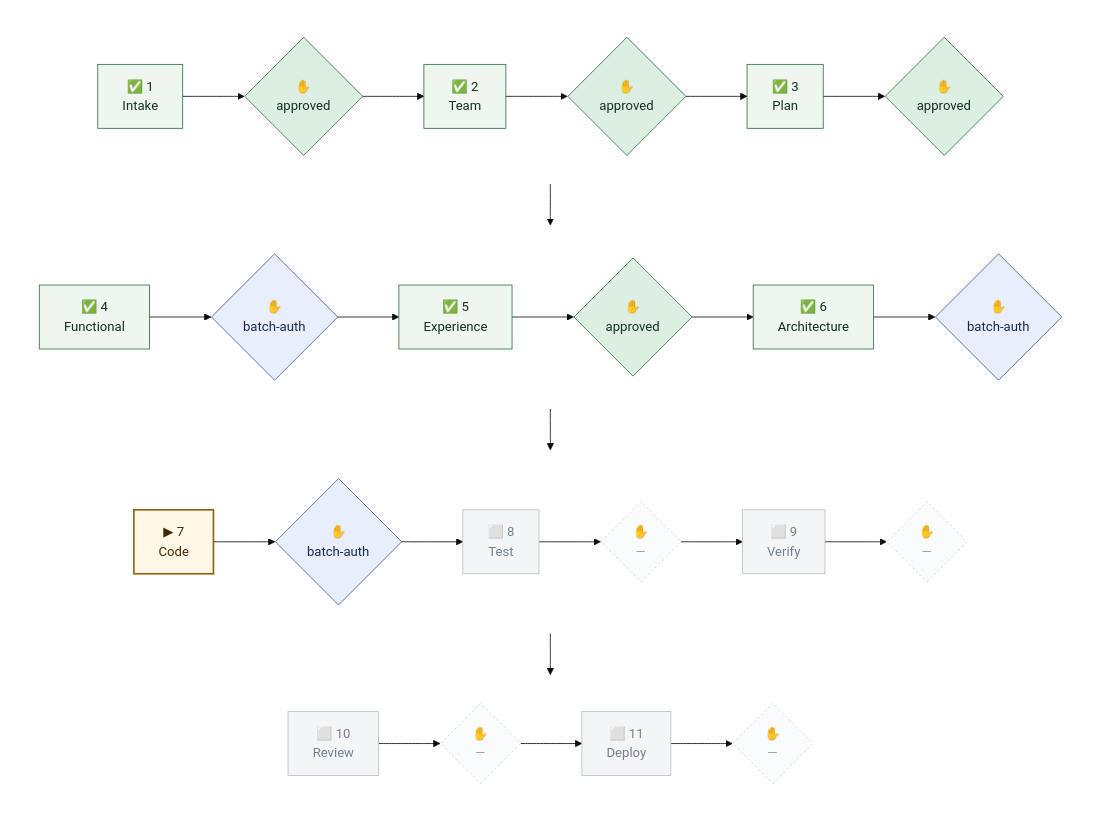
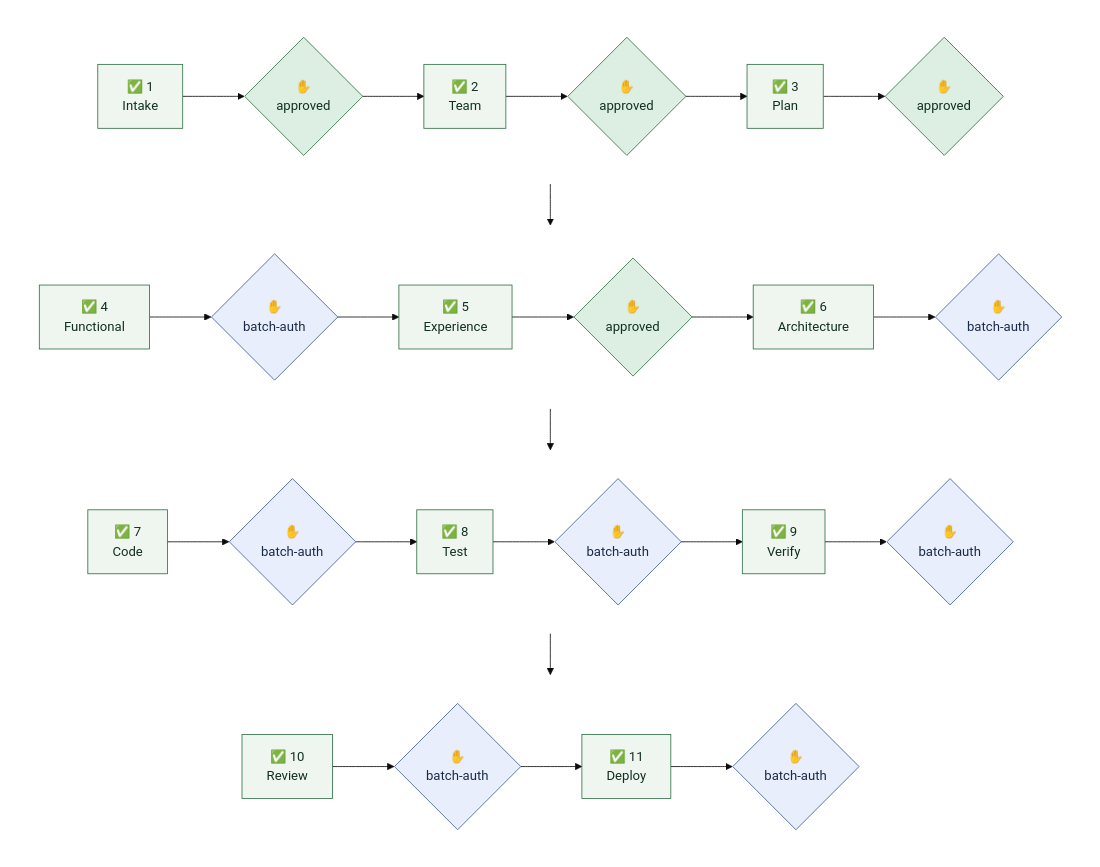
One commit to tandonakhil/AICluadeCode changed the first of 6 diagrams in admin/PORTFOLIO_STATUS.generated.md. Above: the diagram before and after it, drawn with Mermaid (base theme). The commit also changed other lines of this file and 7 other files, not shown here.

````diff
--- a/admin/PORTFOLIO_STATUS.generated.md
+++ b/admin/PORTFOLIO_STATUS.generated.md
@@ -25,46 +29,43 @@
 ```mermaid
 flowchart TB
   subgraph r1 [" "]
     direction LR
     G1["✅ 1<br/>Intake"] --> H1{"✋<br/>approved"} --> G2["✅ 2<br/>Team"] --> H2{"✋<br/>approved"} --> G3["✅ 3<br/>Plan"] --> H3{"✋<br/>approved"}
   end
   subgraph r2 [" "]
     direction LR
     G4["✅ 4<br/>Functional"] --> H4{"✋<br/>batch-auth"} --> G5["✅ 5<br/>Experience"] --> H5{"✋<br/>approved"} --> G6["✅ 6<br/>Architecture"] --> H6{"✋<br/>batch-auth"}
   end
   subgraph r3 [" "]
     direction LR
-    G7["▶ 7<br/>Code"] --> H7{"✋<br/>batch-auth"} --> G8["⬜ 8<br/>Test"] --> H8{"✋<br/>—"} --> G9["⬜ 9<br/>Verify"] --> H9{"✋<br/>—"}
+    G7["✅ 7<br/>Code"] --> H7{"✋<br/>batch-auth"} --> G8["✅ 8<br/>Test"] --> H8{"✋<br/>batch-auth"} --> G9["✅ 9<br/>Verify"] --> H9{"✋<br/>batch-auth"}
   end
   subgraph r4 [" "]
     direction LR
-    G10["⬜ 10<br/>Review"] --> H10{"✋<br/>—"} --> G11["⬜ 11<br/>Deploy"] --> H11{"✋<br/>—"}
+    G10["✅ 10<br/>Review"] --> H10{"✋<br/>batch-auth"} --> G11["✅ 11<br/>Deploy"] --> H11{"✋<br/>batch-auth"}
   end
   H3 --> G4
   H6 --> G7
   H9 --> G10
   classDef done    fill:#eef6ef,stroke:#2f6f43,color:#123021
   classDef active  fill:#fff8e6,stroke:#8a6410,stroke-width:2px,color:#3d2c04
   classDef looped  fill:#fdf0ec,stroke:#a3341f,stroke-width:2px,color:#3d1109
   classDef warn    fill:#fff8e6,stroke:#8a6410,stroke-width:2px,color:#3d2c04
   classDef pending fill:#f4f5f7,stroke:#b8bfc9,color:#767f8d
   classDef skipped fill:#f4f5f7,stroke:#b8bfc9,color:#767f8d,stroke-dasharray:4 3
   classDef skip_na  fill:#f4f5f7,stroke:#b8bfc9,color:#767f8d,stroke-dasharray:4 3
   classDef skip_pre fill:#eef1f6,stroke:#8d99ab,color:#5b6675,stroke-dasharray:1 3
   classDef skip_owed fill:#f8ded7,stroke:#a3341f,stroke-width:3px,color:#3d1109
   classDef hdone   fill:#dcefe2,stroke:#2f6f43,color:#123021
   classDef hwait   fill:#ffe9a8,stroke:#8a6410,stroke-width:4px,color:#3d2c04
   classDef hbatch  fill:#e8eefb,stroke:#3f5d92,color:#1b2b47
   classDef hpend   fill:#fafbfc,stroke:#cfd5dd,color:#98a1ad,stroke-dasharray:3 3
   classDef hskip   fill:#fafbfc,stroke:#cfd5dd,color:#98a1ad,stroke-dasharray:3 3
   classDef hpre    fill:#eef1f6,stroke:#8d99ab,color:#5b6675,stroke-dasharray:1 3
   classDef hnone   fill:#f8ded7,stroke:#a3341f,stroke-width:3px,color:#3d1109
   classDef rowbox  fill:none,stroke:none
-  class G1,G2,G3,G4,G5,G6 done
+  class G1,G2,G3,G4,G5,G6,G7,G8,G9,G10,G11 done
   class H1,H2,H3,H5 hdone
-  class H4,H6,H7 hbatch
-  class G7 active
-  class G8,G9,G10,G11 pending
-  class H8,H9,H10,H11 hpend
+  class H4,H6,H7,H8,H9,H10,H11 hbatch
   class r1,r2,r3,r4 rowbox
 ```
````
